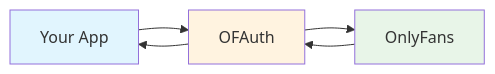
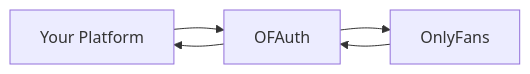
The diagram in index.mdx (OFAuth-org/public-docs), drawn with Mermaid before and after one commit. The commit also changed other lines of this file and 45 other files, not shown here.

````diff
--- a/index.mdx
+++ b/index.mdx
@@ -77,11 +60,7 @@
 ```mermaid
 graph LR
-    A[Your App] --> B[OFAuth]
+    A[Your Platform] --> B[OFAuth]
     B --> C[OnlyFans]
     C --> B
     B --> A
-    
-    style A fill:#e1f5fe
-    style B fill:#fff3e0
-    style C fill:#e8f5e8
 ```
````
